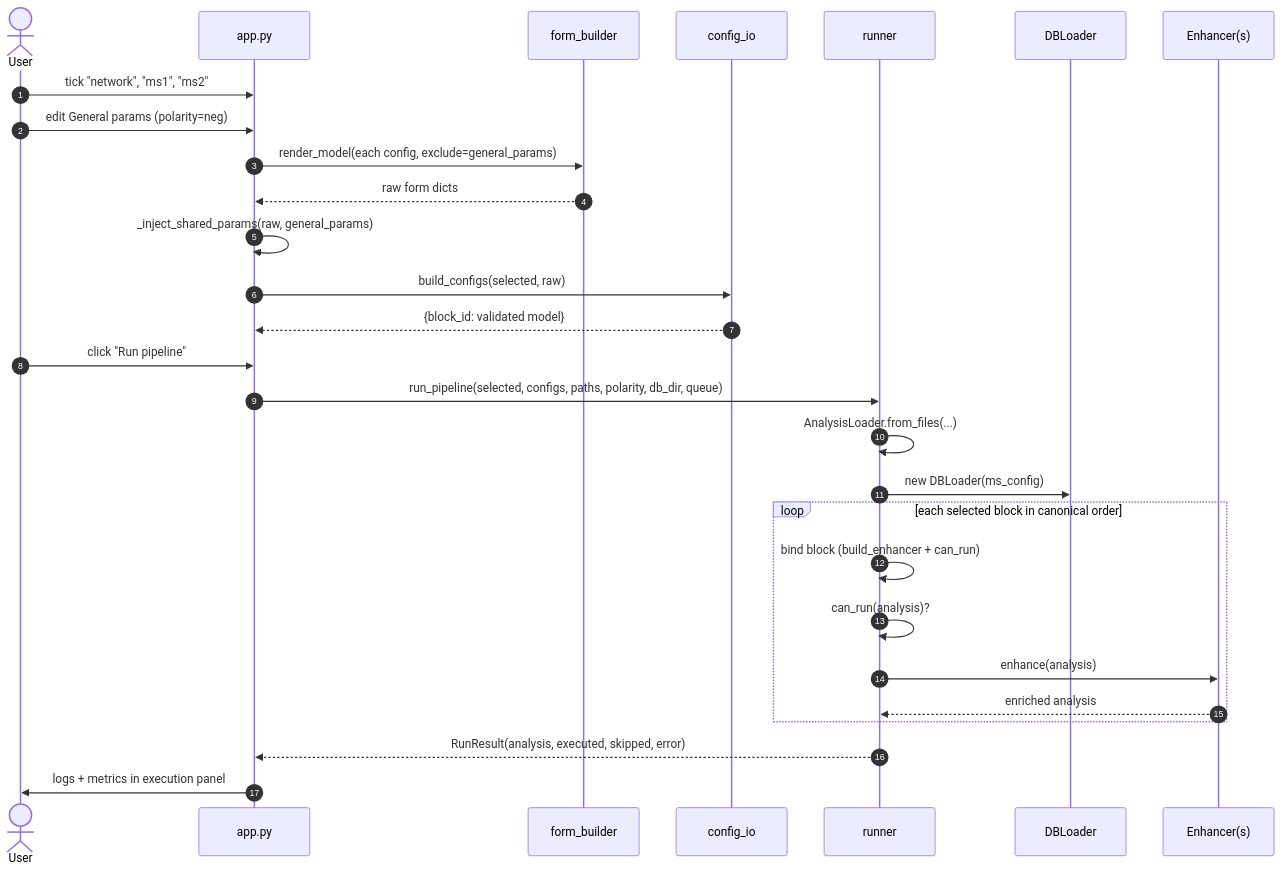
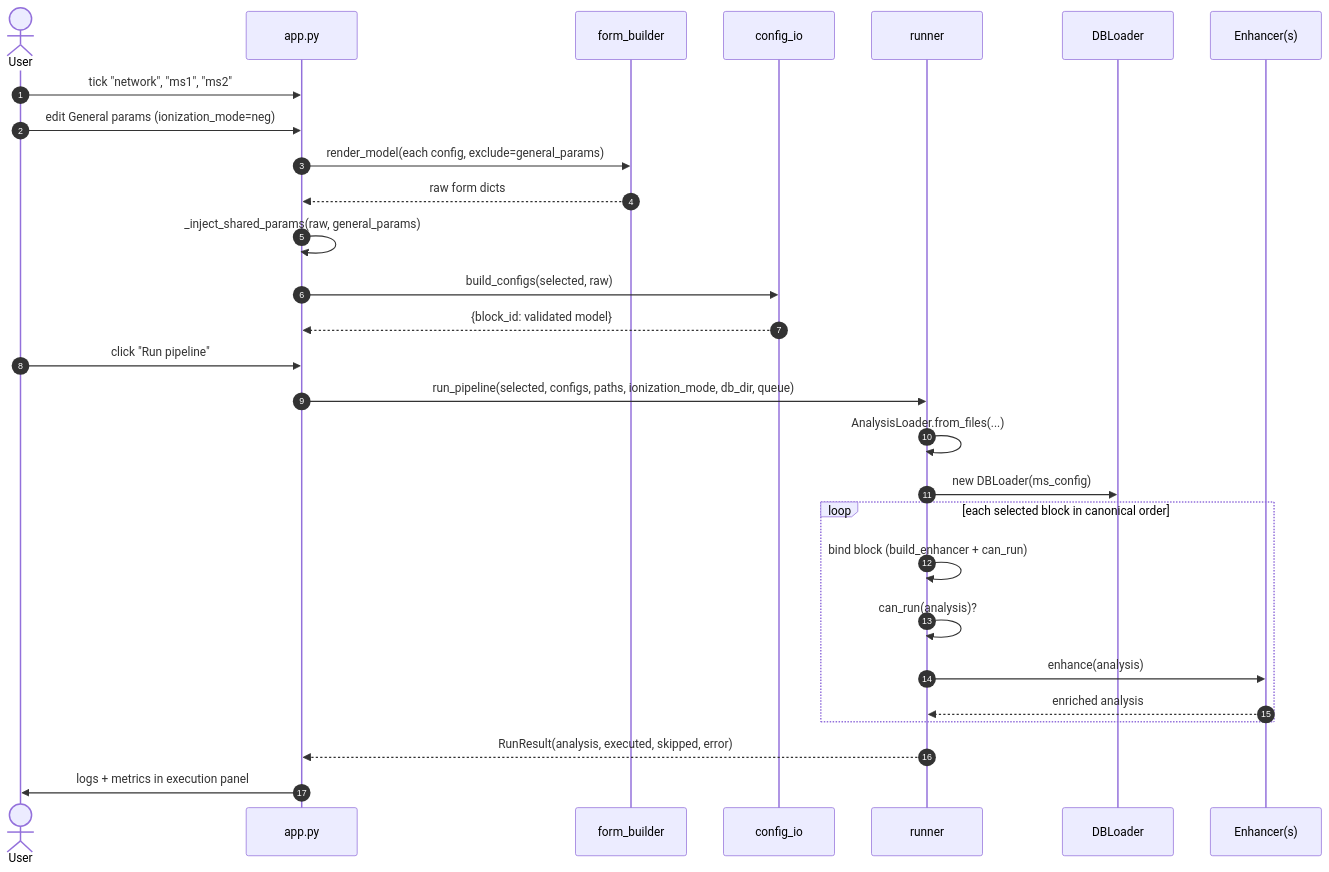
The third of 3 diagrams in enpkg/monolith/gui/ARCHITECTURE.md (llegregam/enpkg_full), drawn with Mermaid before and after one commit. The commit also changed other lines of this file and 1 other file, not shown here.

First line of the commit message:
docs(gui): update ARCHITECTURE.md for the ionization_mode rename

````diff
--- a/enpkg/monolith/gui/ARCHITECTURE.md
+++ b/enpkg/monolith/gui/ARCHITECTURE.md
@@ -299,31 +299,31 @@
 ```mermaid
 sequenceDiagram
     autonumber
     actor U as User
     participant A as app.py
     participant F as form_builder
     participant I as config_io
     participant R as runner
     participant DB as DBLoader
     participant S as Enhancer(s)
 
     U->>A: tick "network", "ms1", "ms2"
-    U->>A: edit General params (polarity=neg)
+    U->>A: edit General params (ionization_mode=neg)
     A->>F: render_model(each config, exclude=general_params)
     F-->>A: raw form dicts
     A->>A: _inject_shared_params(raw, general_params)
     A->>I: build_configs(selected, raw)
     I-->>A: {block_id: validated model}
     U->>A: click "Run pipeline"
-    A->>R: run_pipeline(selected, configs, paths, polarity, db_dir, queue)
+    A->>R: run_pipeline(selected, configs, paths, ionization_mode, db_dir, queue)
     R->>R: AnalysisLoader.from_files(...)
     R->>DB: new DBLoader(ms_config)
     loop each selected block in canonical order
         R->>R: bind block (build_enhancer + can_run)
         R->>R: can_run(analysis)?
         R->>S: enhance(analysis)
         S-->>R: enriched analysis
     end
     R-->>A: RunResult(analysis, executed, skipped, error)
     A->>U: logs + metrics in execution panel
 ```
````
